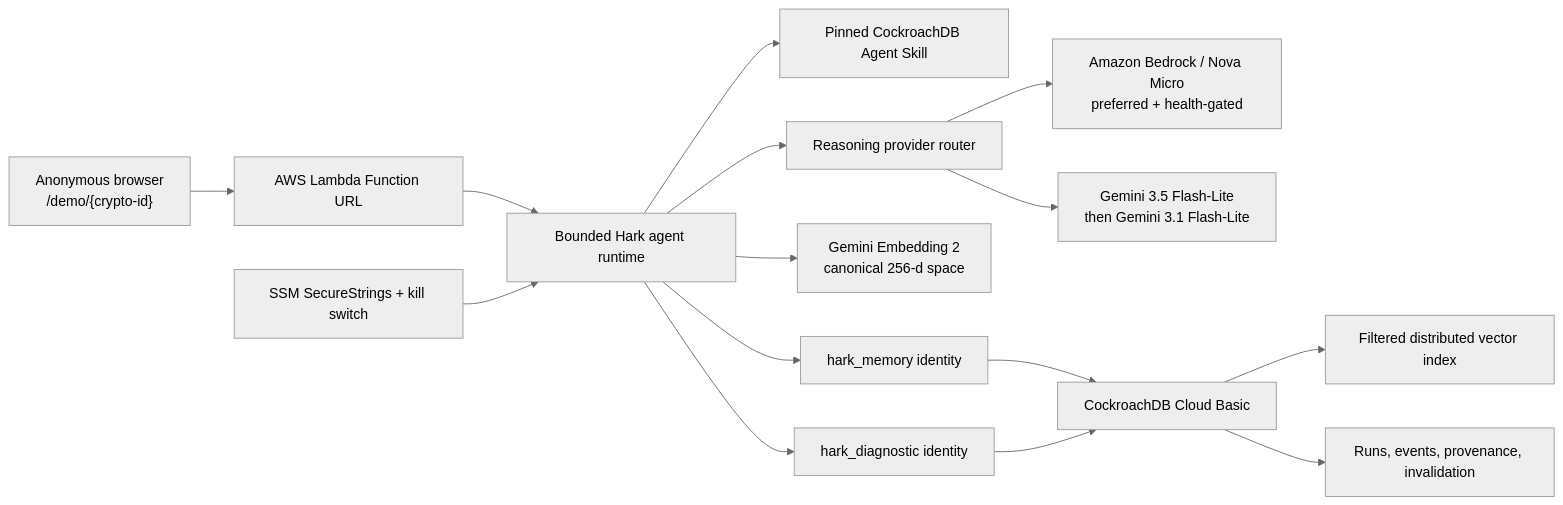
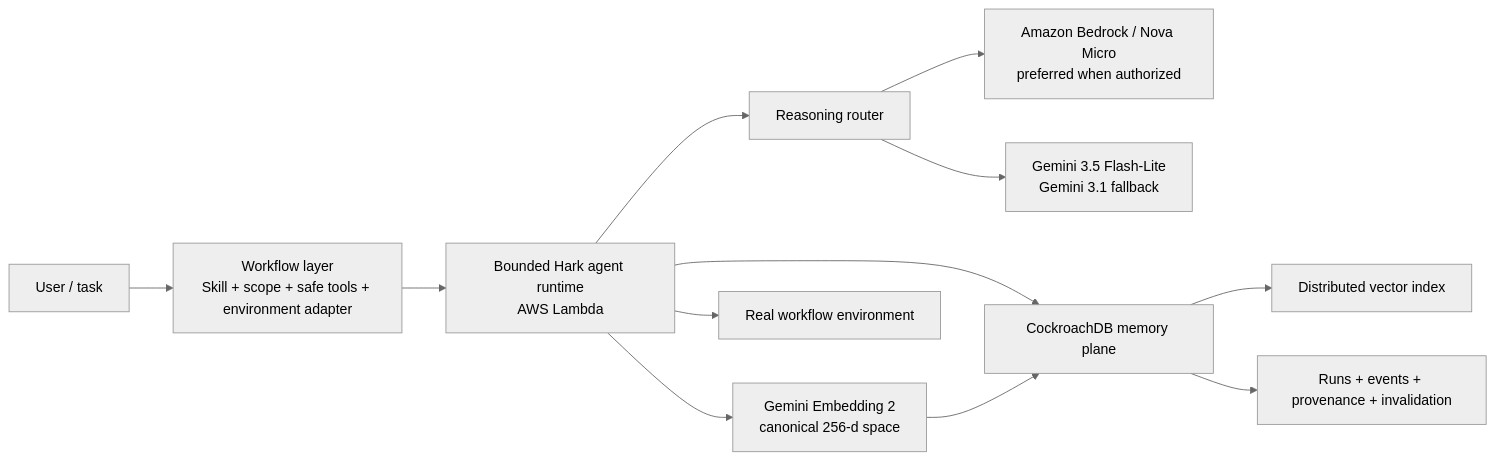
One commit to PrathmeshAdsod/HARK changed the diagram in README.md. Above: the diagram before and after it, drawn with Mermaid (neutral theme). The commit also changed other lines of this file, not shown here.

Commit message:
Reposition Hark around extensible execution-memory workflows

````diff
--- a/README.md
+++ b/README.md
@@ -29,17 +143,14 @@
 ```mermaid
 flowchart LR
-    Browser["Anonymous browser\n/demo/{crypto-id}"] --> URL["AWS Lambda Function URL"]
-    URL --> App["Bounded Hark agent runtime"]
-    App --> Skill["Pinned CockroachDB Agent Skill"]
-    App --> Router["Reasoning provider router"]
-    Router --> Bedrock["Amazon Bedrock / Nova Micro\npreferred + health-gated"]
-    Router --> Gemini["Gemini 3.5 Flash-Lite\nthen Gemini 3.1 Flash-Lite"]
-    App --> Embed["Gemini Embedding 2\ncanonical 256-d space"]
-    App --> Memory["hark_memory identity"]
-    App --> Diagnostic["hark_diagnostic identity"]
-    Memory --> CRDB["CockroachDB Cloud Basic"]
-    Diagnostic --> CRDB
-    CRDB --> Vector["Filtered distributed vector index"]
-    CRDB --> Evidence["Runs, events, provenance, invalidation"]
-    SSM["SSM SecureStrings + kill switch"] --> App
+    User["User / task"] --> Workflow["Workflow layer\nSkill + scope + safe tools + environment adapter"]
+    Workflow --> Hark["Bounded Hark agent runtime\nAWS Lambda"]
+    Hark --> Router["Reasoning router"]
+    Router --> Bedrock["Amazon Bedrock / Nova Micro\npreferred when authorized"]
+    Router --> Gemini["Gemini 3.5 Flash-Lite\nGemini 3.1 fallback"]
+    Hark --> Embed["Gemini Embedding 2\ncanonical 256-d space"]
+    Hark --> Diagnostic["Real workflow environment"]
+    Hark --> Memory["CockroachDB memory plane"]
+    Embed --> Memory
+    Memory --> Vector["Distributed vector index"]
+    Memory --> Evidence["Runs + events + provenance + invalidation"]
 ```
````
